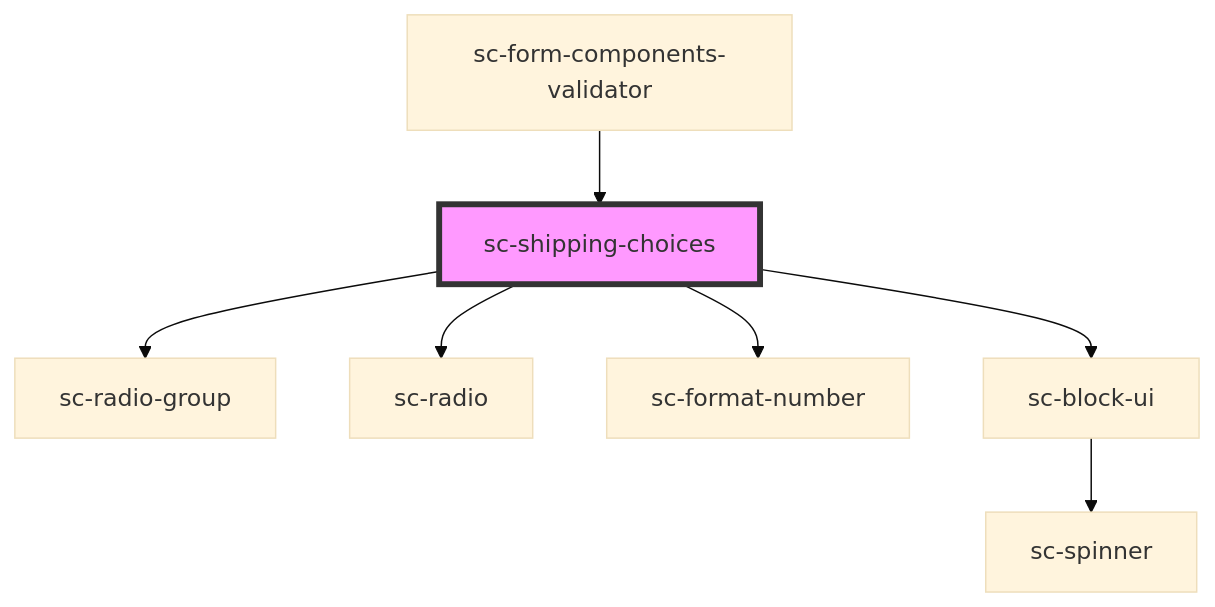
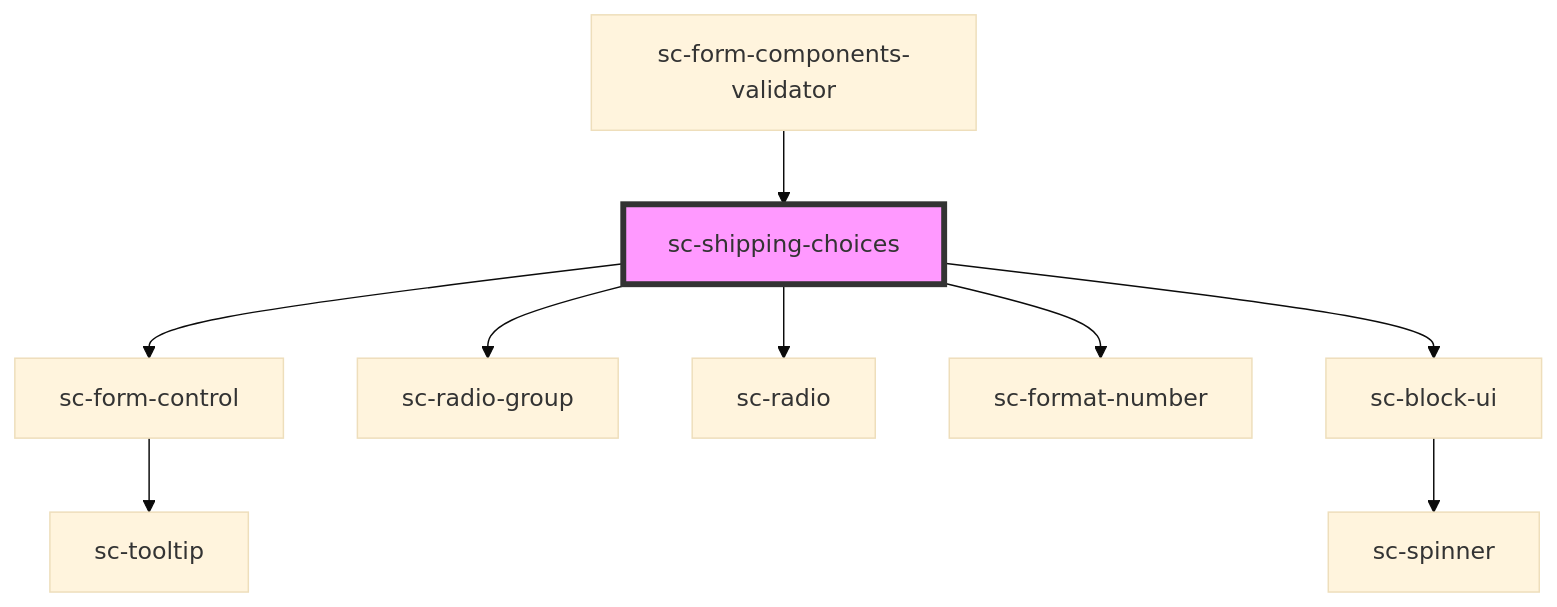
Before and after one commit to surecart/surecart-wp-plugin: the diagram in packages/components/src/components/ui/sc-shipping-choices/readme.md, drawn with Mermaid (base theme). The commit also changed other lines of this file and 29 other files, not shown here.

````diff
--- a/packages/components/src/components/ui/sc-shipping-choices/readme.md
+++ b/packages/components/src/components/ui/sc-shipping-choices/readme.md
@@ -38,10 +38,12 @@
 ```mermaid
 graph TD;
+  sc-shipping-choices --> sc-form-control
   sc-shipping-choices --> sc-radio-group
   sc-shipping-choices --> sc-radio
   sc-shipping-choices --> sc-format-number
   sc-shipping-choices --> sc-block-ui
+  sc-form-control --> sc-tooltip
   sc-block-ui --> sc-spinner
   sc-form-components-validator --> sc-shipping-choices
   style sc-shipping-choices fill:#f9f,stroke:#333,stroke-width:4px
 ```
````
